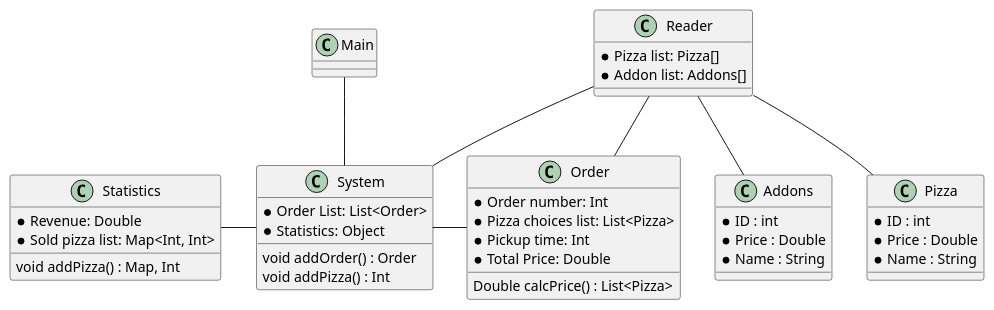
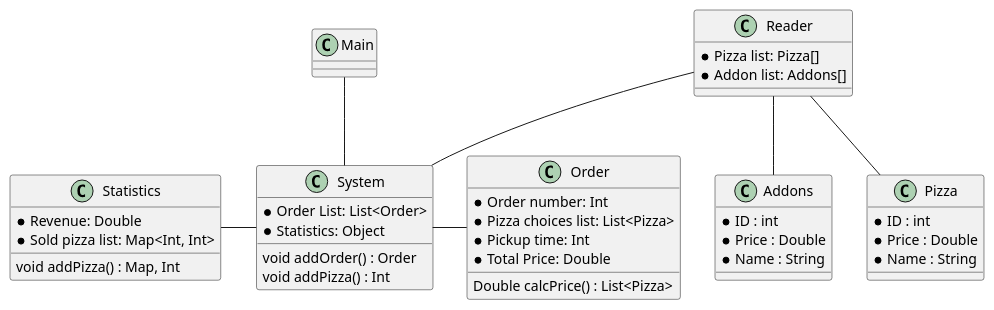
Before and after one commit to Kvark96/SP3_Mario: the diagram in .idea/UML/Class diagram.puml, drawn with PlantUML. The commit also changed 10 other files, not shown here.

```diff
--- a/.idea/UML/Class diagram.puml
+++ b/.idea/UML/Class diagram.puml
@@ -1,52 +1,51 @@
 @startuml
 
 Class Reader{
     *Pizza list: Pizza[]
     * Addon list: Addons[]
 
 }
 
 Class Main {
 }
 
 Class Addons{
     *ID : int
     *Price : Double
     *Name : String
 }
 
 Class Pizza{
     *ID : int
     *Price : Double
     *Name : String
 }
 
 Class Order{
     *Order number: Int
     *Pizza choices list: List<Pizza>
     *Pickup time: Int
     *Total Price: Double
     Double calcPrice() : List<Pizza>
 }
 
 Class System{
     * Order List: List<Order>
     * Statistics: Object
     void addOrder() : Order
     void addPizza() : Int
 }
 Class Statistics{
     * Revenue: Double
     * Sold pizza list: Map<Int, Int>
     void addPizza() : Map, Int
 }
 
-Reader -- Order
 Reader -- System
 Order -left- System
 System -left- Statistics
 Main -- System
 Reader -- Pizza
 Reader -- Addons
 
 @enduml
```
